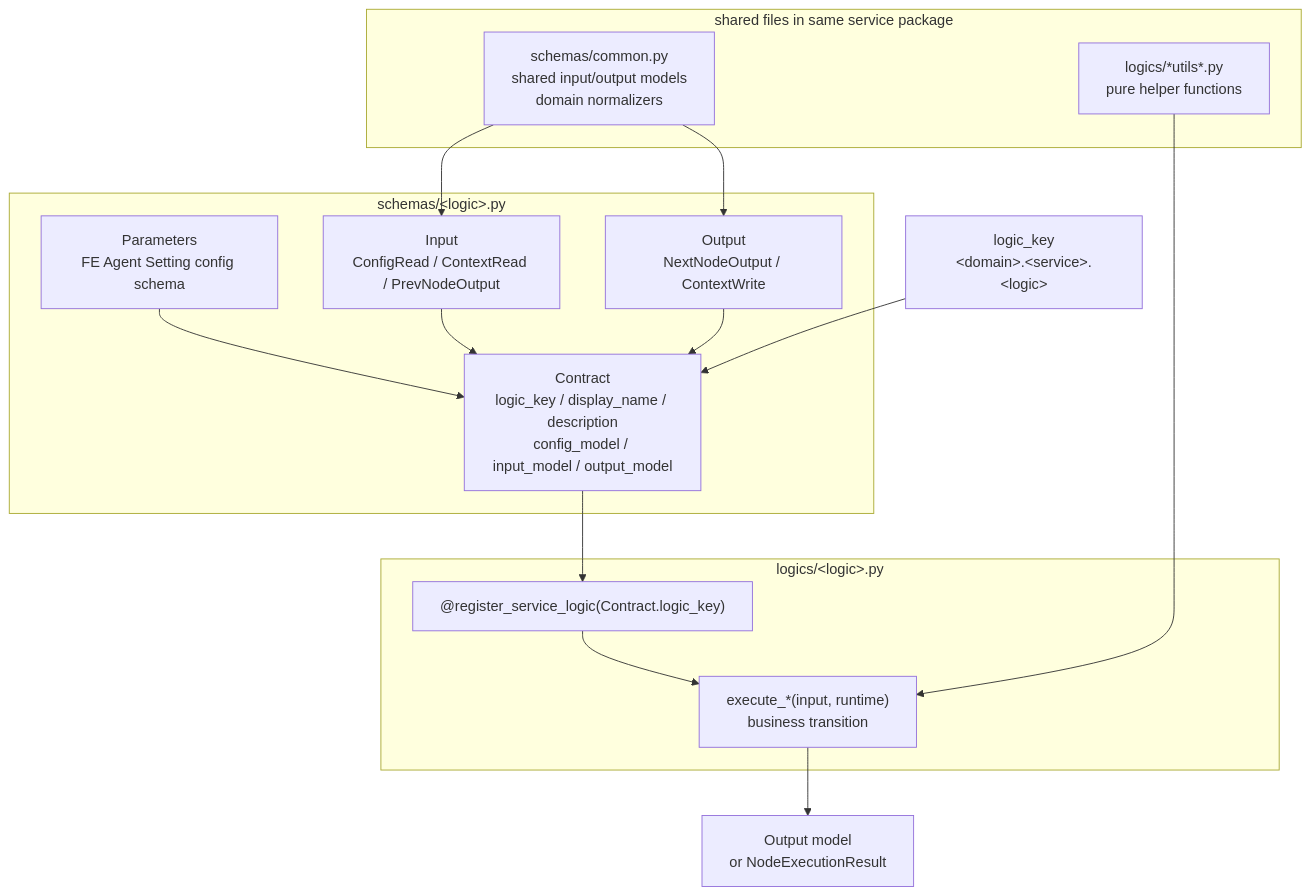
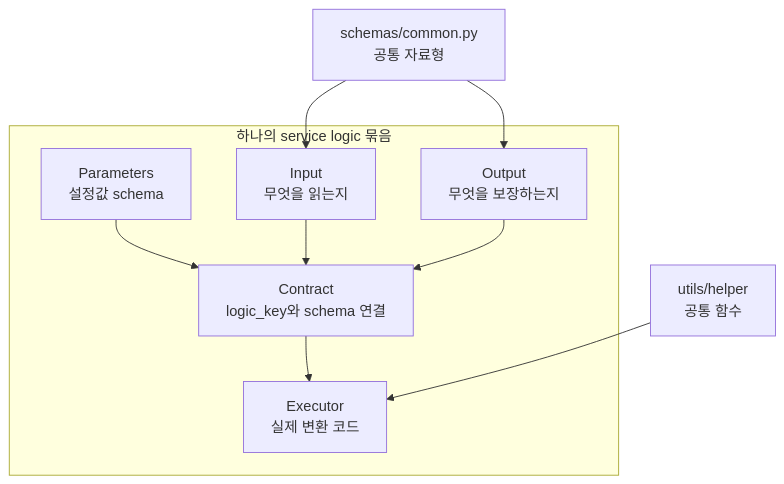
One commit to djoo-lgcns/dotfiles changed the sixth of 8 diagrams in README.md. Above: the diagram before and after it, drawn with Mermaid. The commit also changed other lines of this file, not shown here.

````diff
--- a/README.md
+++ b/README.md
@@ -226,32 +168,18 @@
 ```mermaid
 flowchart TB
-  KEY["logic_key<br/>&lt;domain&gt;.&lt;service&gt;.&lt;logic&gt;"]
-
-  subgraph SchemaFile["schemas/&lt;logic&gt;.py"]
-    PARAM["Parameters<br/>FE Agent Setting config schema"]
-    IN["Input<br/>ConfigRead / ContextRead / PrevNodeOutput"]
-    OUT["Output<br/>NextNodeOutput / ContextWrite"]
-    CONTRACT["Contract<br/>logic_key / display_name / description<br/>config_model / input_model / output_model"]
-    PARAM --> CONTRACT
-    IN --> CONTRACT
-    OUT --> CONTRACT
+  subgraph Bundle["하나의 service logic 묶음"]
+    PARAM["Parameters<br/>설정값 schema"]
+    INPUT["Input<br/>무엇을 읽는지"]
+    OUTPUT["Output<br/>무엇을 보장하는지"]
+    CONTRACT["Contract<br/>logic_key와 schema 연결"]
+    EXEC["Executor<br/>실제 변환 코드"]
   end
 
-  subgraph LogicFile["logics/&lt;logic&gt;.py"]
-    DEC["@register_service_logic(Contract.logic_key)"]
-    FN["execute_*(input, runtime)<br/>business transition"]
-    DEC --> FN
-  end
-
-  subgraph SharedFiles["shared files in same service package"]
-    COMMON["schemas/common.py<br/>shared input/output models<br/>domain normalizers"]
-    HELP["logics/*utils*.py<br/>pure helper functions"]
-  end
-
-  KEY --> CONTRACT
-  CONTRACT --> DEC
-  COMMON --> IN
-  COMMON --> OUT
-  HELP --> FN
-  FN --> RESULT["Output model<br/>or NodeExecutionResult"]
+  COMMON["schemas/common.py<br/>공통 자료형"] --> INPUT
+  COMMON --> OUTPUT
+  PARAM --> CONTRACT
+  INPUT --> CONTRACT
+  OUTPUT --> CONTRACT
+  CONTRACT --> EXEC
+  HELPER["utils/helper<br/>공통 함수"] --> EXEC
 ```
````
